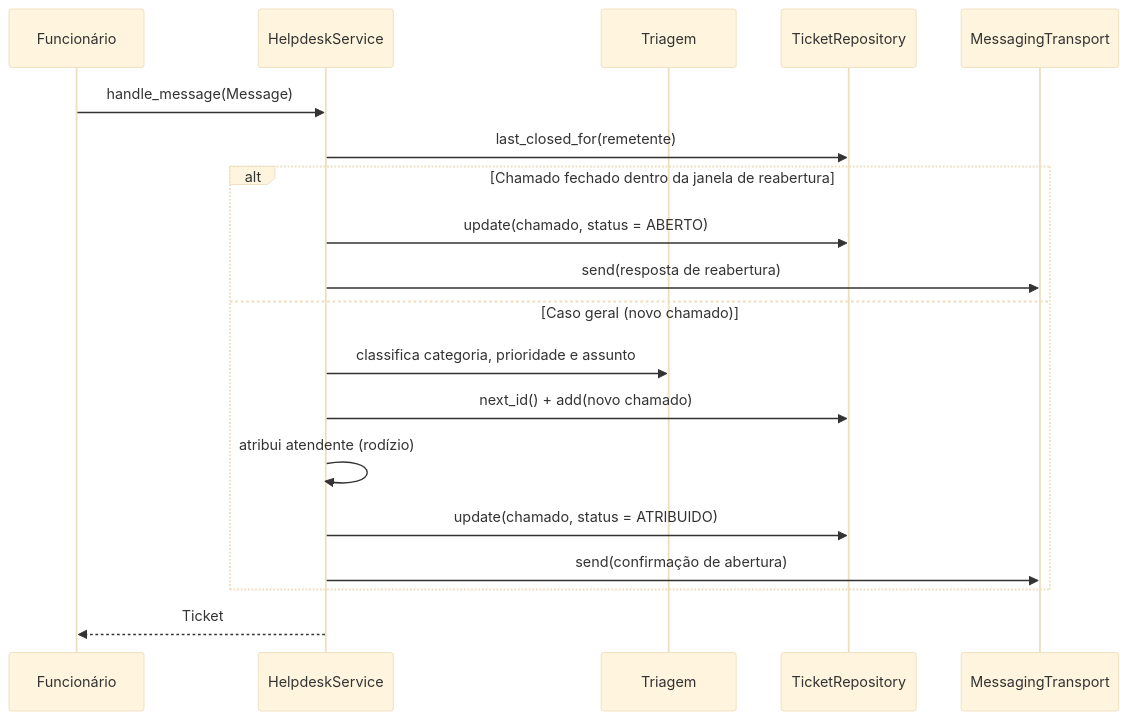
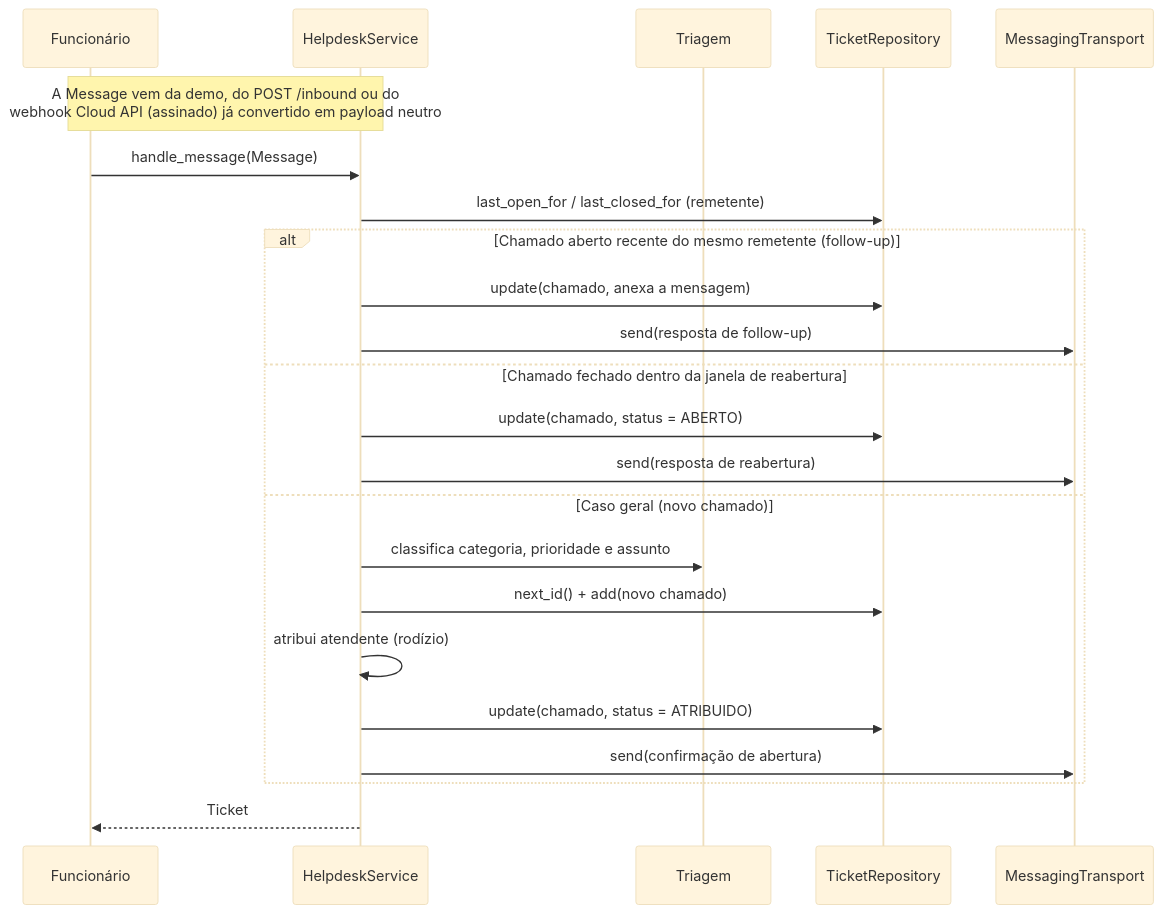
One commit to enzo-going/ti-chamados-whatsapp changed the second of 3 diagrams in docs/arquitetura.md. Above: the diagram before and after it, drawn with Mermaid (base theme). The commit also changed other lines of this file and 4 other files, not shown here.

````diff
--- a/docs/arquitetura.md
+++ b/docs/arquitetura.md
@@ -46,22 +53,26 @@
 ```mermaid
 sequenceDiagram
     participant F as Funcionário
     participant S as HelpdeskService
     participant T as Triagem
     participant R as TicketRepository
     participant M as MessagingTransport
 
+    Note over F,S: A Message vem da demo, do POST /inbound ou do<br/>webhook Cloud API (assinado) já convertido em payload neutro
     F->>S: handle_message(Message)
-    S->>R: last_closed_for(remetente)
-    alt Chamado fechado dentro da janela de reabertura
+    S->>R: last_open_for / last_closed_for (remetente)
+    alt Chamado aberto recente do mesmo remetente (follow-up)
+        S->>R: update(chamado, anexa a mensagem)
+        S->>M: send(resposta de follow-up)
+    else Chamado fechado dentro da janela de reabertura
         S->>R: update(chamado, status = ABERTO)
         S->>M: send(resposta de reabertura)
     else Caso geral (novo chamado)
         S->>T: classifica categoria, prioridade e assunto
         S->>R: next_id() + add(novo chamado)
         S->>S: atribui atendente (rodízio)
         S->>R: update(chamado, status = ATRIBUIDO)
         S->>M: send(confirmação de abertura)
     end
     S-->>F: Ticket
 ```
````
